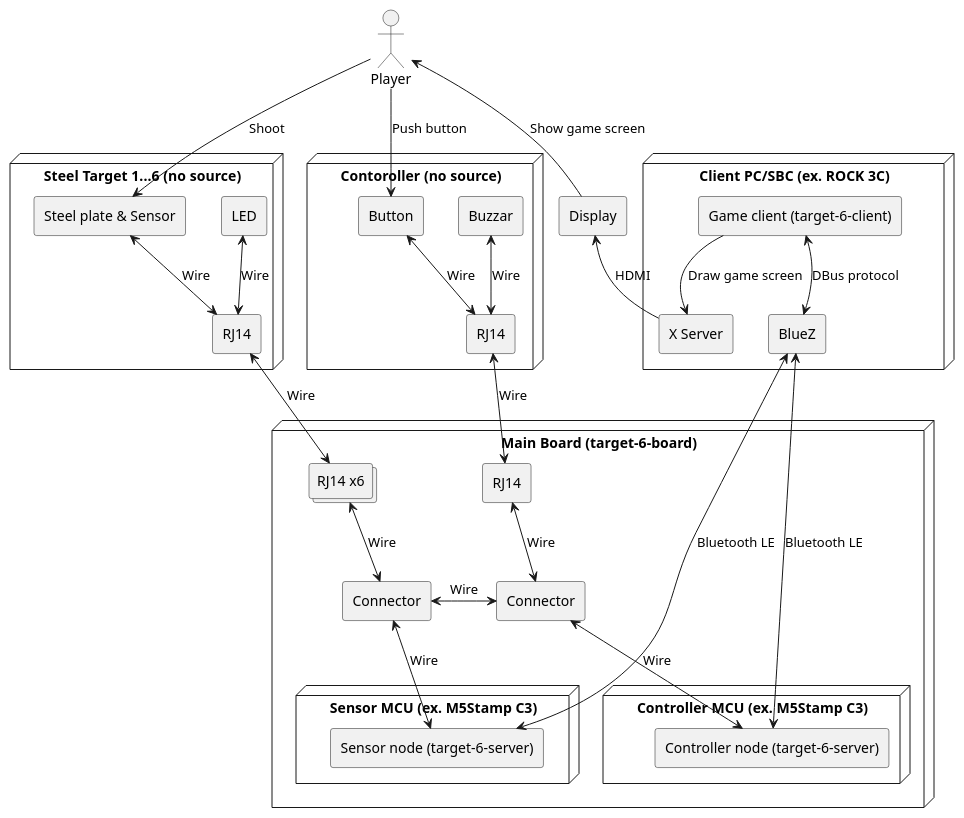
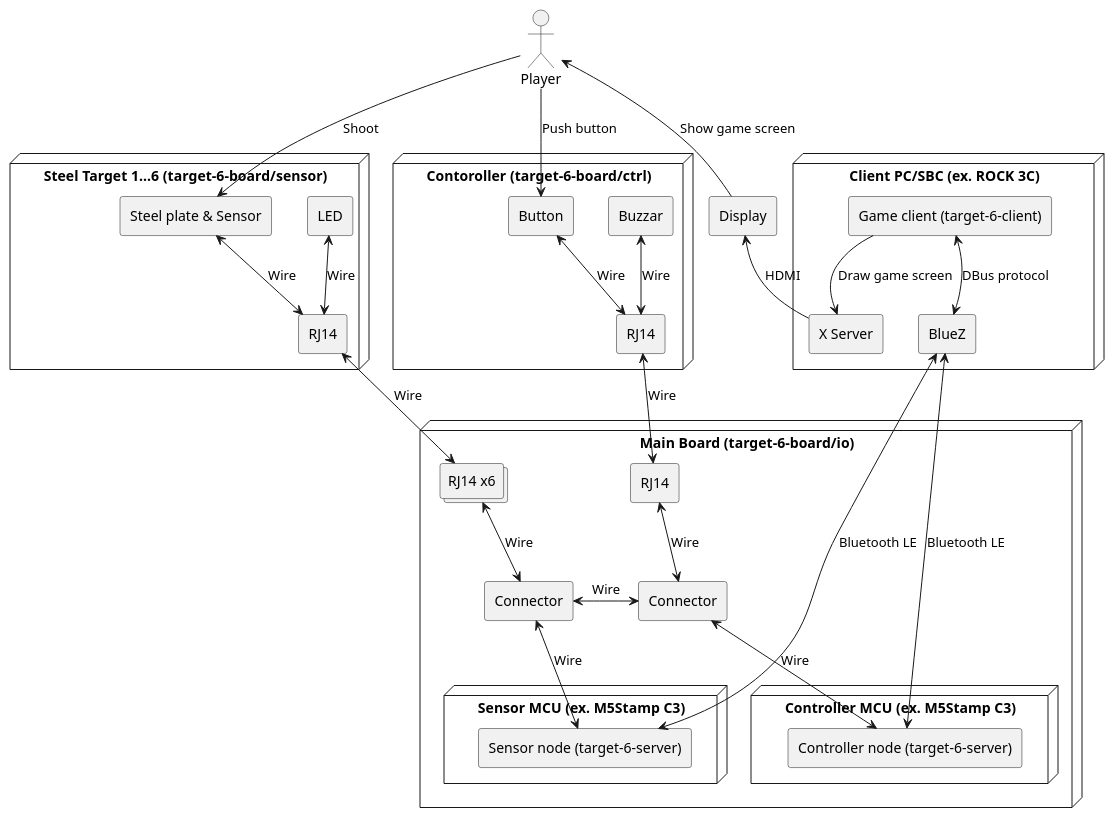
Before and after one commit to katsuster/target-6-client: the diagram in doc/overall.pu, drawn with PlantUML. The commit also changed 1 other file, not shown here.

Commit message:
doc: add ctrl/sensor board in overall picture

```diff
--- a/doc/overall.pu
+++ b/doc/overall.pu
@@ -3,62 +3,62 @@
 @startuml
 actor player as "Player"
 agent display as "Display"
 
-node target_c as "Contoroller (no source)" {
+node target_c as "Contoroller (target-6-board/ctrl)" {
     agent tc_button as "Button"
     agent tc_buzzar as "Buzzar"
     agent tc_rj as "RJ14"
 }
 
-node target_s as "Steel Target 1...6 (no source)" {
+node target_s as "Steel Target 1...6 (target-6-board/sensor)" {
     agent ts_sensor as "Steel plate & Sensor"
     agent ts_led as "LED"
     agent ts_rj as "RJ14"
 }
 
-node board as "Main Board (target-6-board)" {
+node board as "Main Board (target-6-board/io)" {
     node ctrl as "Controller MCU (ex. M5Stamp C3)" {
         agent t6_ctrl as "Controller node (target-6-server)"
     }
 
     node sensor as "Sensor MCU (ex. M5Stamp C3)" {
         agent t6_sensor as "Sensor node (target-6-server)"
     }
 
     agent mb_ph_ctrl as "Connector"
     agent mb_ph_sensor as "Connector"
 
     agent mb_rj_c as "RJ14"
     collections mb_rj_s as "RJ14 x6"
 }
 
 node client as "Client PC/SBC (ex. ROCK 3C)" {
     agent t6_client as "Game client (target-6-client)"
     agent bt_client as "BlueZ"
     agent x_client as "X Server"
 }
 
 player <- display: Show game screen
 player -> ts_sensor: Shoot
 player --> tc_button: Push button
 
 tc_button <--> tc_rj: Wire
 tc_buzzar <--> tc_rj: Wire
 tc_rj <--> mb_rj_c: Wire
 
 ts_sensor <--> ts_rj: Wire
 ts_led <--> ts_rj: Wire
 ts_rj <--> mb_rj_s: Wire
 
 mb_rj_c <--> mb_ph_ctrl: Wire
 mb_rj_s <--> mb_ph_sensor: Wire
 mb_ph_ctrl <--> t6_ctrl: Wire
 mb_ph_sensor <--> t6_sensor: Wire
 mb_ph_ctrl <-left-> mb_ph_sensor: Wire
 bt_client <----> t6_ctrl: Bluetooth LE
 bt_client <----> t6_sensor: Bluetooth LE
 
 t6_client <--> bt_client: DBus protocol
 t6_client --> x_client: Draw game screen
 display <-- x_client: HDMI
 @enduml
```
